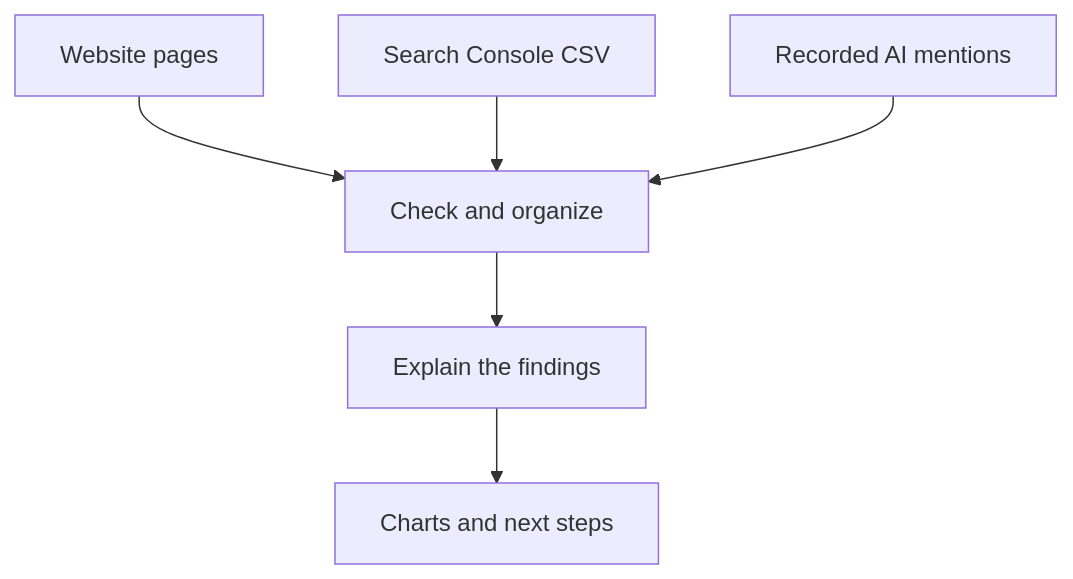
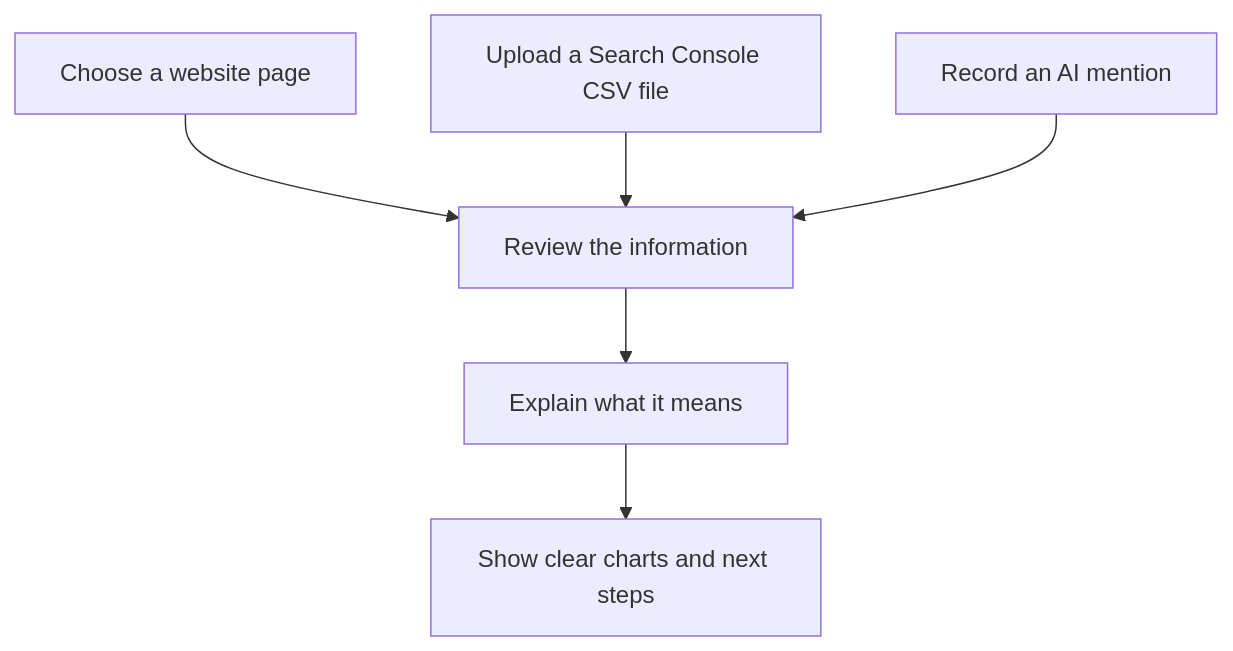
The diagram in README.md (atelanceofficial/searchunveil-seo), drawn with Mermaid before and after one commit. The commit also changed other lines of this file, not shown here.

Commit message:
docs: simplify SearchUnveil story and clarify accessible workflow

````diff
--- a/README.md
+++ b/README.md
@@ -31,8 +32,18 @@
 ```mermaid
 flowchart TD
-    A[Website pages] --> D[Check and organize]
-    B[Search Console CSV] --> D
-    C[Recorded AI mentions] --> D
-    D --> E[Explain the findings]
-    E --> F[Charts and next steps]
+    accTitle: SearchUnveil's planned workflow
+    accDescr: Start with a website page, a Google Search Console CSV file, or an AI mention that you record. SearchUnveil aims to review the chosen information, explain what it means, and show a simple summary, charts, and suggested next steps.
+
+    A["Choose a website page"]
+    B["Upload a Search Console CSV file"]
+    C["Record an AI mention"]
+    D["Review the information"]
+    E["Explain what it means"]
+    F["Show clear charts and next steps"]
+
+    A --> D
+    B --> D
+    C --> D
+    D --> E
+    E --> F
 ```
````
